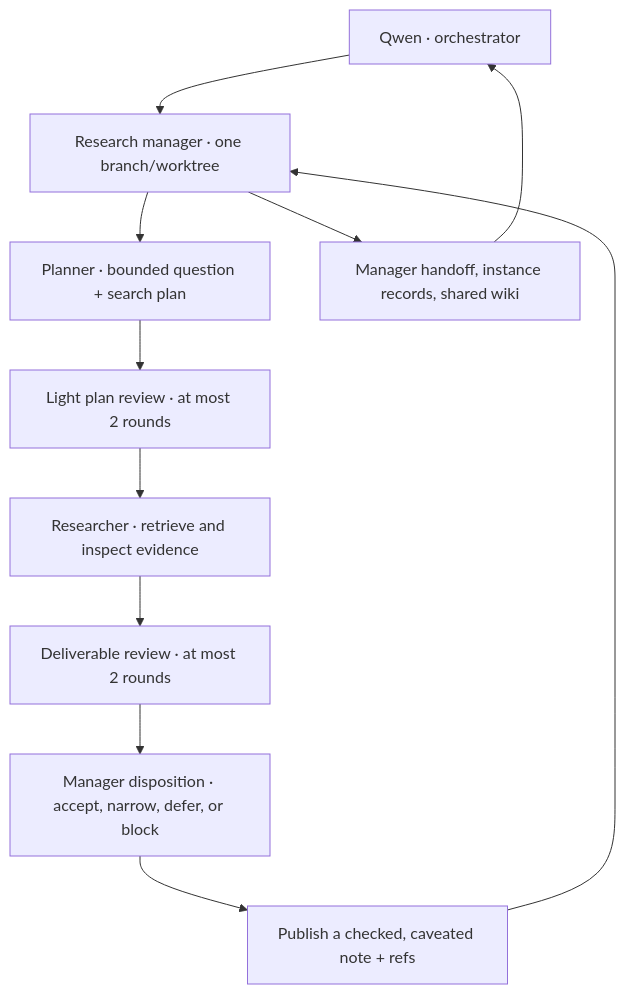
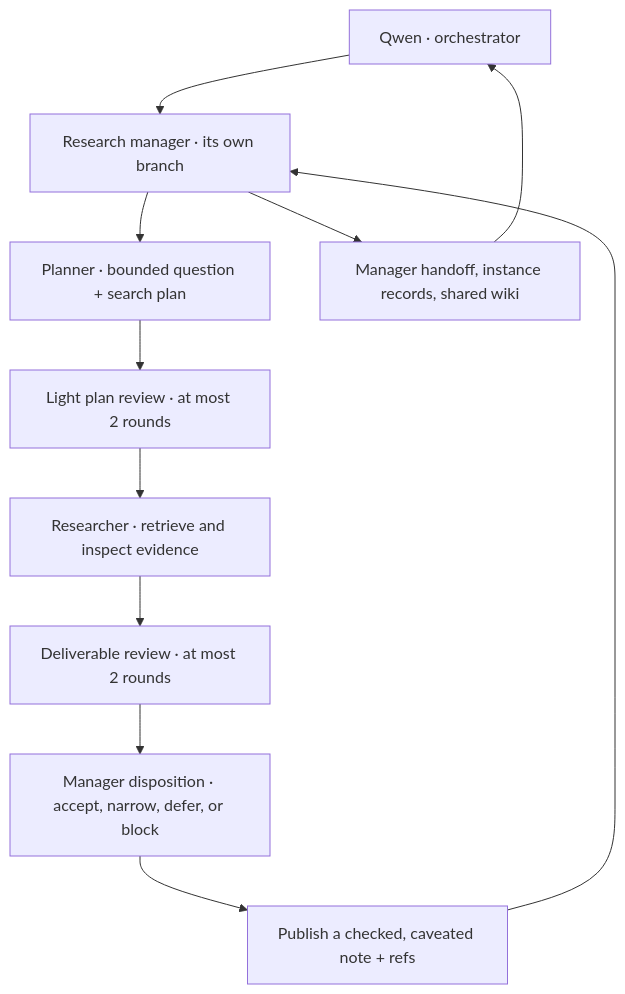
One commit to heldalive/memory-research changed the diagram in README.md. Above: the diagram before and after it, drawn with Mermaid. The commit also changed other lines of this file and 4 other files, not shown here.

Commit message:
Document shared browser research roles and durable manager recovery

````diff
--- a/README.md
+++ b/README.md
@@ -11,13 +11,13 @@
 ```mermaid
 flowchart TD
-    L["Qwen · orchestrator"] --> M["Research manager · one branch/worktree"]
+    L["Qwen · orchestrator"] --> M["Research manager · its own branch"]
     M --> P["Planner · bounded question + search plan"]
     P --> PR["Light plan review · at most 2 rounds"]
     PR --> R["Researcher · retrieve and inspect evidence"]
     R --> DR["Deliverable review · at most 2 rounds"]
     DR --> A["Manager disposition · accept, narrow, defer, or block"]
     A --> N["Publish a checked, caveated note + refs"]
     N --> M
     M --> H["Manager handoff, instance records, shared wiki"]
     H --> L
 ```
````
